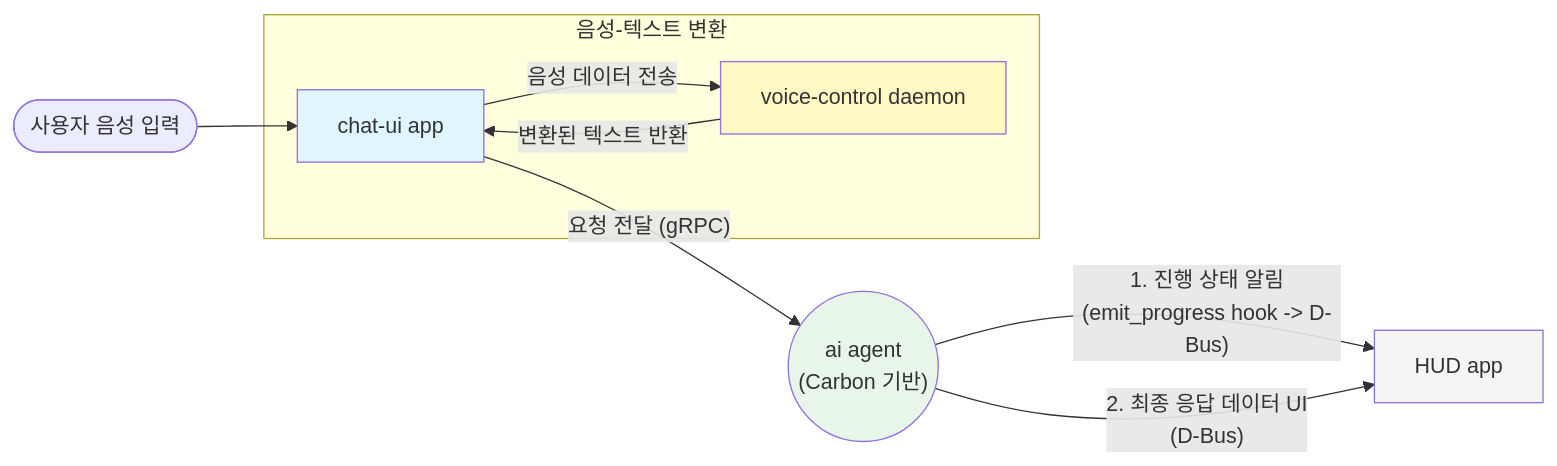
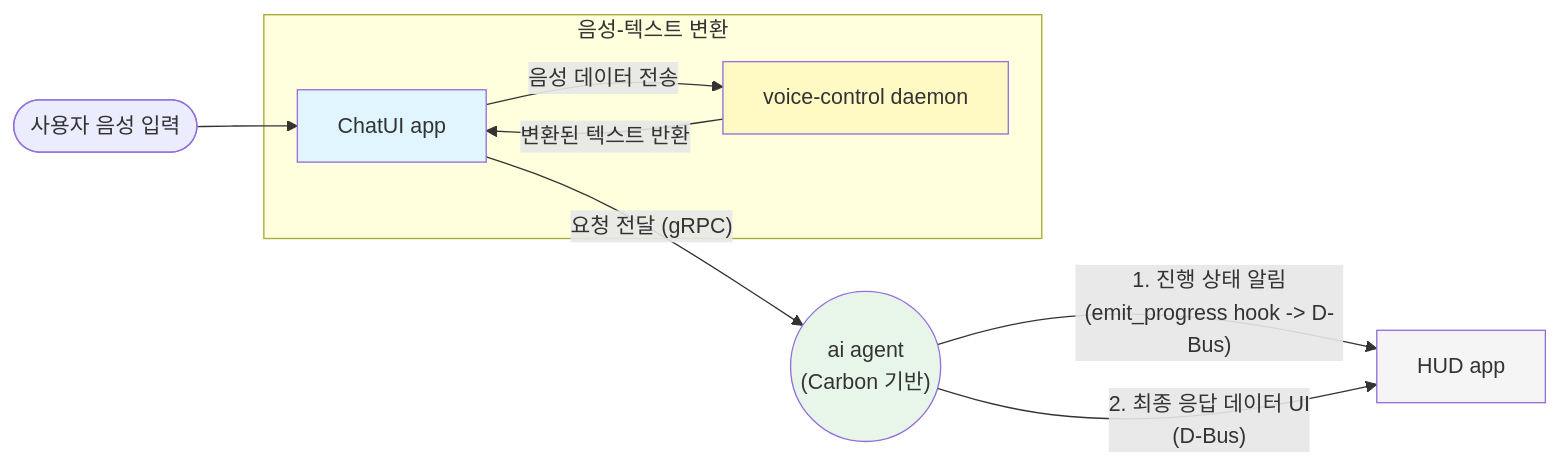
The diagram in docs/ai_voice_assistant_design.md (shyunMin/tizen-chat), drawn with Mermaid before and after one commit.

````diff
--- a/docs/ai_voice_assistant_design.md
+++ b/docs/ai_voice_assistant_design.md
@@ -7,23 +7,23 @@
 ```mermaid
 graph LR
-    User(["사용자 음성 입력"]) --> ChatUI["chat-ui app"]
+    User(["사용자 음성 입력"]) --> ChatUI["ChatUI app"]
     
     subgraph STT_Process [음성-텍스트 변환]
         ChatUI -- "음성 데이터 전송" --> VCD["voice-control daemon"]
         VCD -- "변환된 텍스트 반환" --> ChatUI
     end
     
     ChatUI -- "요청 전달 (gRPC)" --> Agent(("ai agent\n(Carbon 기반)"))
     Agent -- "1. 진행 상태 알림\n(emit_progress hook -> D-Bus)" --> HUD["HUD app"]
     Agent -- "2. 최종 응답 데이터 UI\n(D-Bus)" --> HUD
     
     classDef app fill:#e1f5fe;
     classDef agent fill:#e8f5e9;
     classDef daemon fill:#fff9c4;
     classDef outscope fill:#f5f5f5;
     
     class ChatUI app;
     class Agent agent;
     class VCD daemon;
     class HUD outscope;
 ```
````
